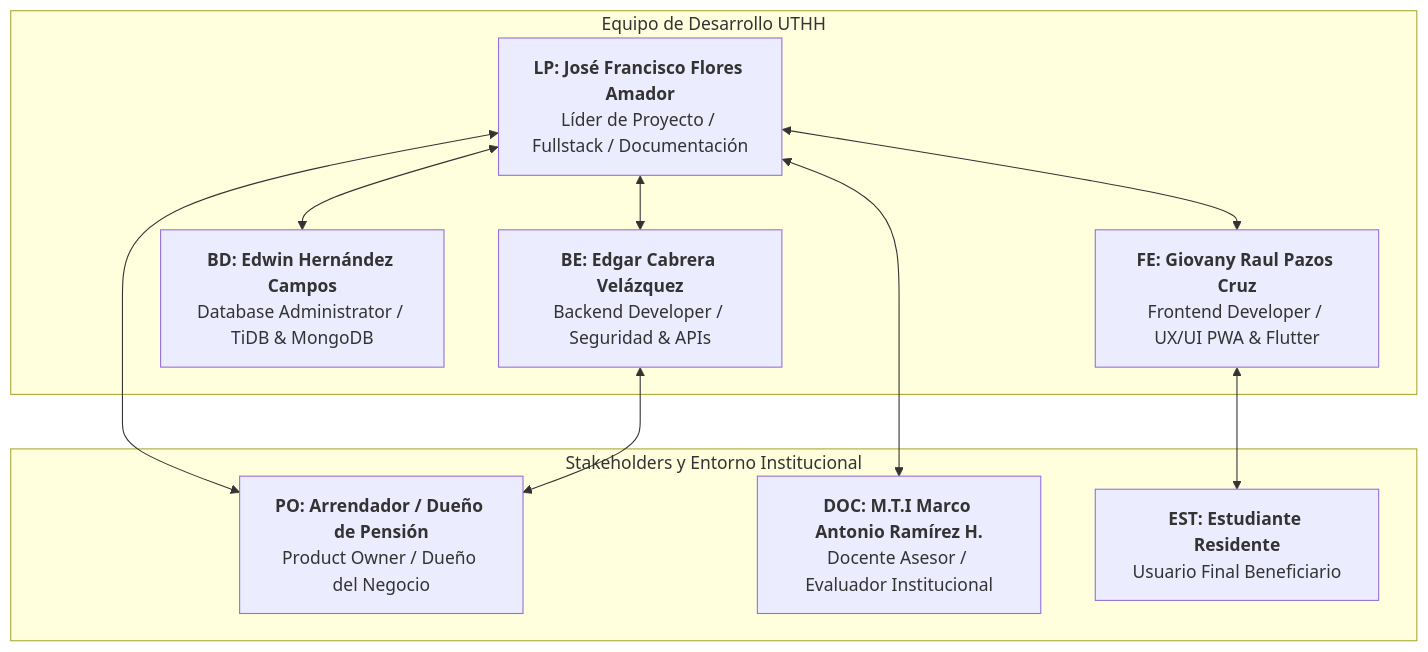
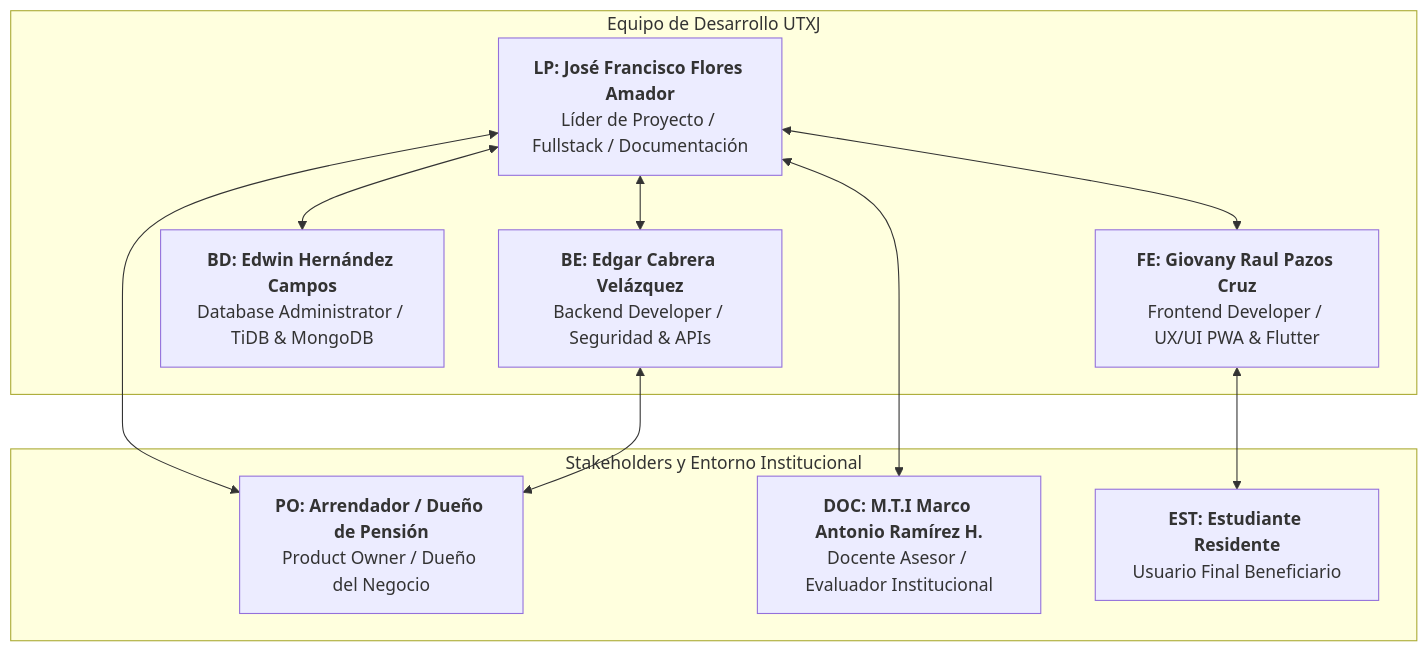
The first of 2 diagrams in MatrizRACI/README.md (JFFA25/SICPES_INTEGRADORA), drawn with Mermaid before and after one commit. The commit also changed other lines of this file and 9 other files, not shown here.

````diff
--- a/MatrizRACI/README.md
+++ b/MatrizRACI/README.md
@@ -32,23 +32,23 @@
 ```mermaid
 graph TD
-  subgraph Equipo_Desarrollo_UTHH ["Equipo de Desarrollo UTHH"]
+  subgraph Equipo_Desarrollo_UTXJ ["Equipo de Desarrollo UTXJ"]
     LP["<b>LP: José Francisco Flores Amador</b><br/>Líder de Proyecto / Fullstack / Documentación"]
     BE["<b>BE: Edgar Cabrera Velázquez</b><br/>Backend Developer / Seguridad & APIs"]
     BD["<b>BD: Edwin Hernández Campos</b><br/>Database Administrator / TiDB & MongoDB"]
     FE["<b>FE: Giovany Raul Pazos Cruz</b><br/>Frontend Developer / UX/UI PWA & Flutter"]
   end
 
   subgraph Stakeholders_Externos ["Stakeholders y Entorno Institucional"]
     PO["<b>PO: Arrendador / Dueño de Pensión</b><br/>Product Owner / Dueño del Negocio"]
     DOC["<b>DOC: M.T.I Marco Antonio Ramírez H.</b><br/>Docente Asesor / Evaluador Institucional"]
     EST["<b>EST: Estudiante Residente</b><br/>Usuario Final Beneficiario"]
   end
 
   LP <--> BE
   LP <--> BD
   LP <--> FE
   LP <--> PO
   LP <--> DOC
   FE <--> EST
   BE <--> PO
 ```
````
